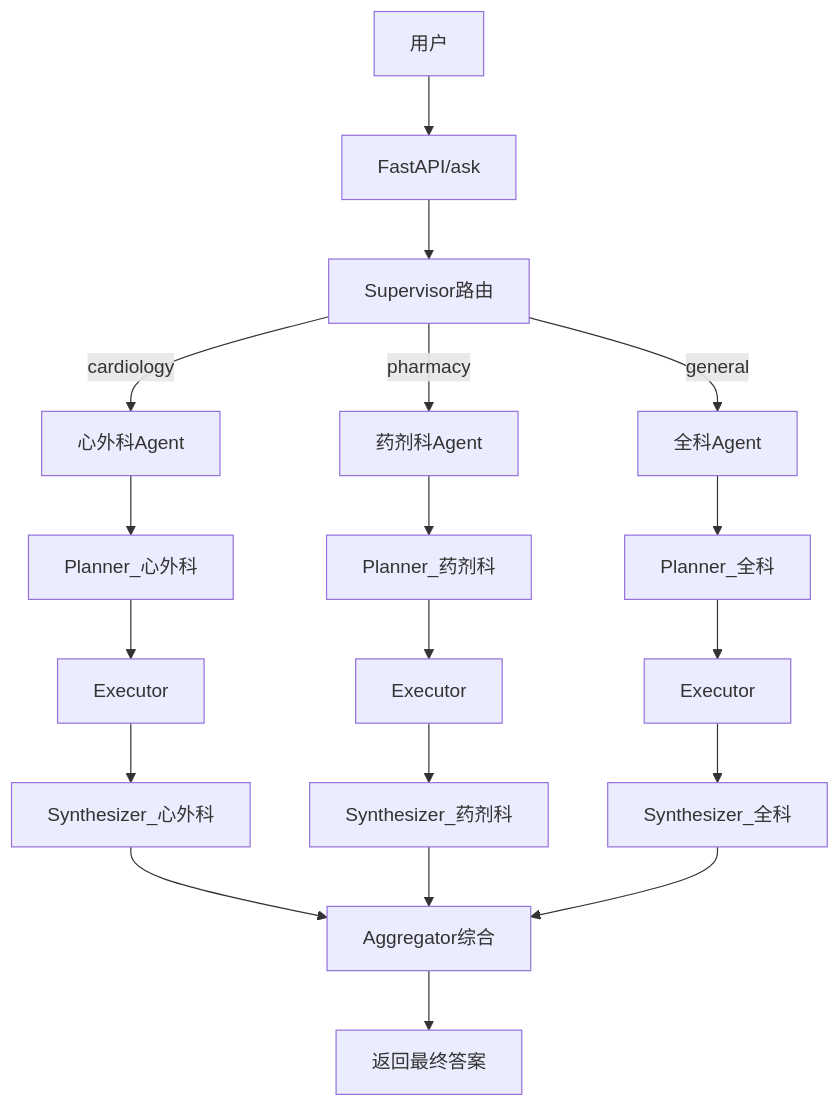
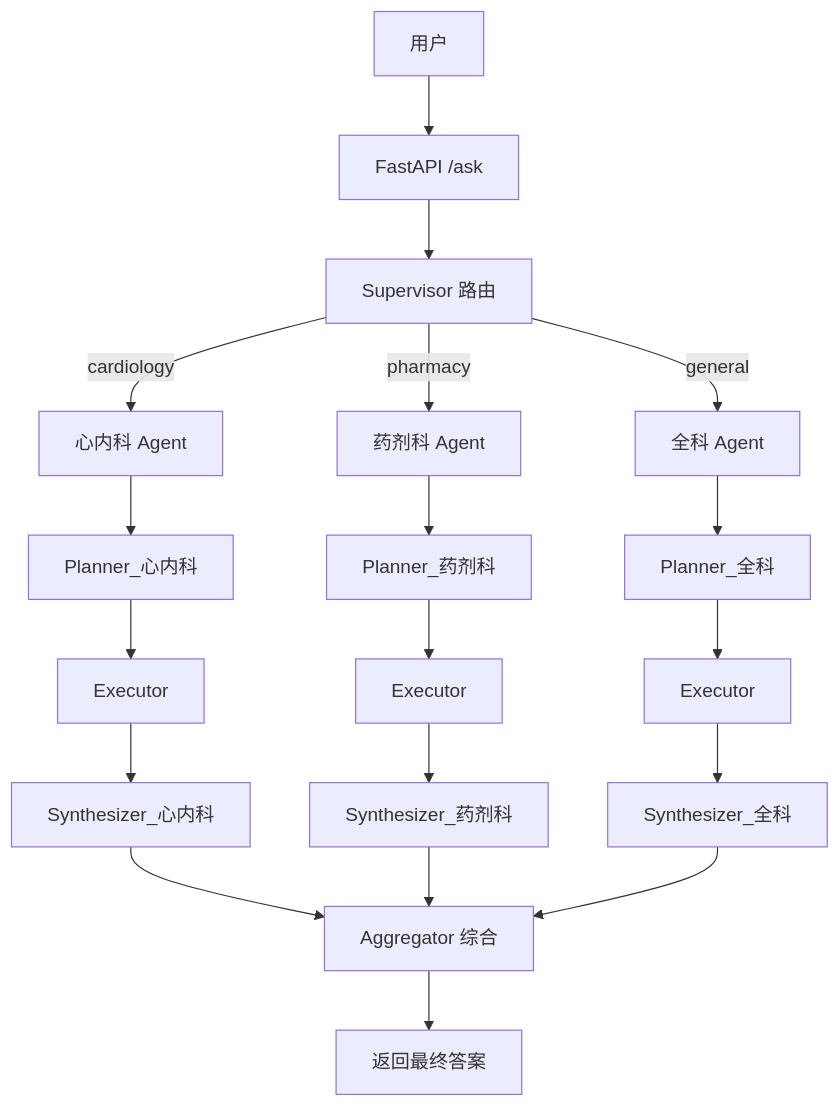
The fourth of 5 diagrams in README.md (Dillon-Xue/med_agent_v1), drawn with Mermaid before and after one commit. The commit also changed other lines of this file, not shown here.

````diff
--- a/README.md
+++ b/README.md
@@ -273,26 +334,26 @@
 ```mermaid
 graph TD
-    A[用户] --> B[FastAPI/ask]
-    B --> C[Supervisor路由]
-    C -->|cardiology| D1[心外科Agent]
-    C -->|pharmacy| D2[药剂科Agent]
-    C -->|general| D3[全科Agent]
+    A[用户] --> B[FastAPI /ask]
+    B --> C[Supervisor 路由]
+    C -->|cardiology| D1[心内科 Agent]
+    C -->|pharmacy| D2[药剂科 Agent]
+    C -->|general| D3[全科 Agent]
 
-    D1 --> E1[Planner_心外科]
+    D1 --> E1[Planner_心内科]
     D2 --> E2[Planner_药剂科]
     D3 --> E3[Planner_全科]
 
     E1 --> F1[Executor]
     E2 --> F2[Executor]
     E3 --> F3[Executor]
 
-    F1 --> G[Synthesizer_心外科]
+    F1 --> G[Synthesizer_心内科]
     F2 --> G2[Synthesizer_药剂科]
     F3 --> G3[Synthesizer_全科]
 
-    G --> H[Aggregator综合]
+    G --> H[Aggregator 综合]
     G2 --> H
     G3 --> H
 
     H --> I[返回最终答案]
 ```
````
